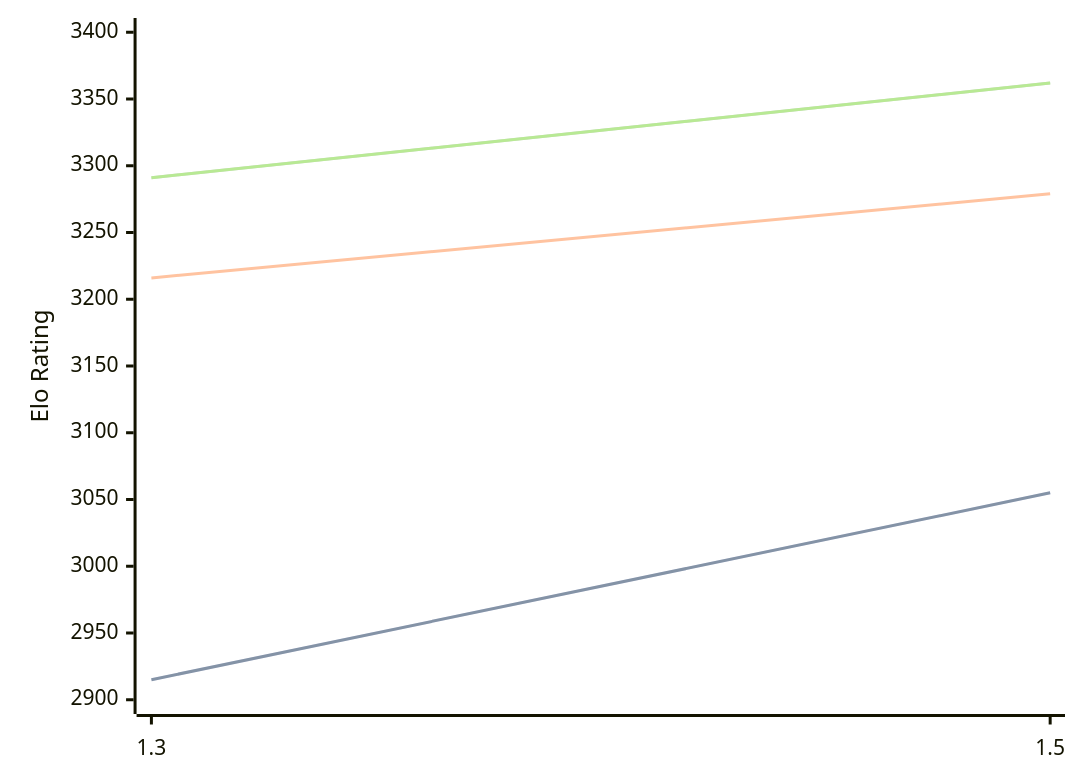
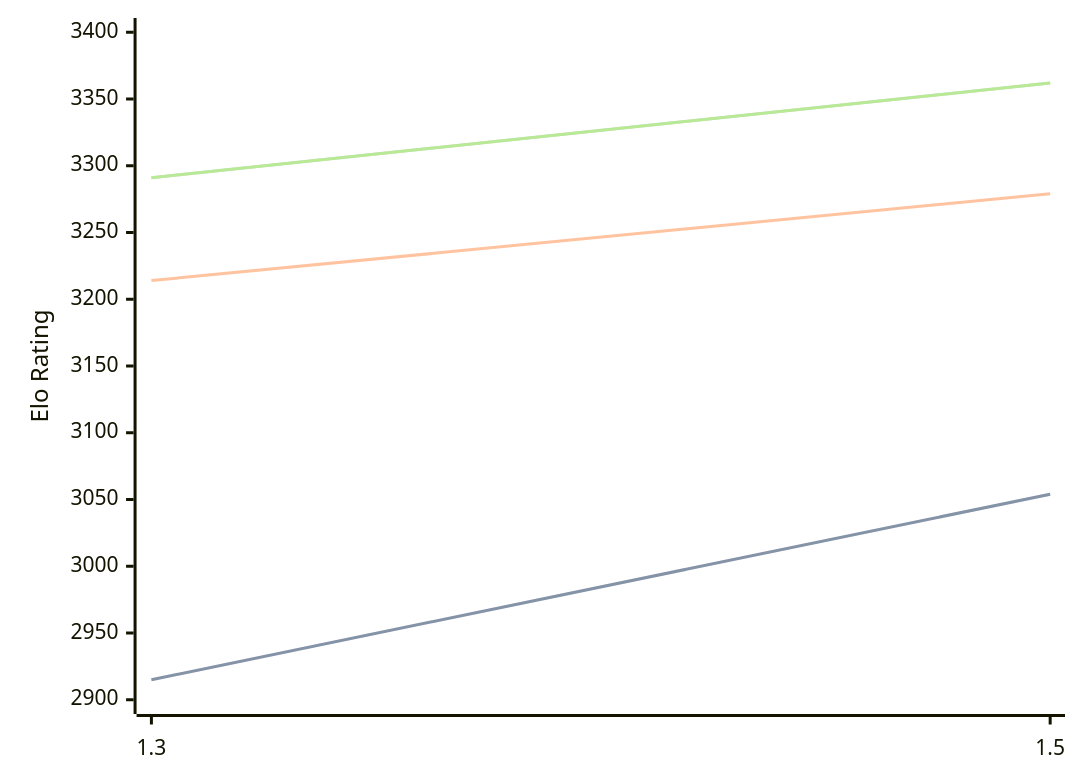
One commit to computer-chess-index/cci changed the diagram in engines/Lambergar.md. Above: the diagram before and after it, drawn with Mermaid. The commit also changed other lines of this file, not shown here.

````diff
--- a/engines/Lambergar.md
+++ b/engines/Lambergar.md
@@ -32,11 +32,11 @@
 ```mermaid
 %%{init: {"theme":"base","themeVariables":{"seriesColors:['#a3a3a3','#222221','#faa371']}}}%%
 xychart-beta
   x-axis ["1.3", "1.5"]
   y-axis "Elo Rating" 2900 --> 3400
-  line "" [2915, 3055]
-  line "STC (8.0+0.08s)" [2915, 3055]
-  line "LTC (60.0+0.60s)" [3216, 3279]
+  line "" [2915, 3054]
+  line "STC (8.0+0.08s)" [2915, 3054]
+  line "LTC (60.0+0.60s)" [3214, 3279]
   line "" [3291, 3362]
   line "VLTC (2m24s+1.12s)" [3291, 3362]
 ```
````
